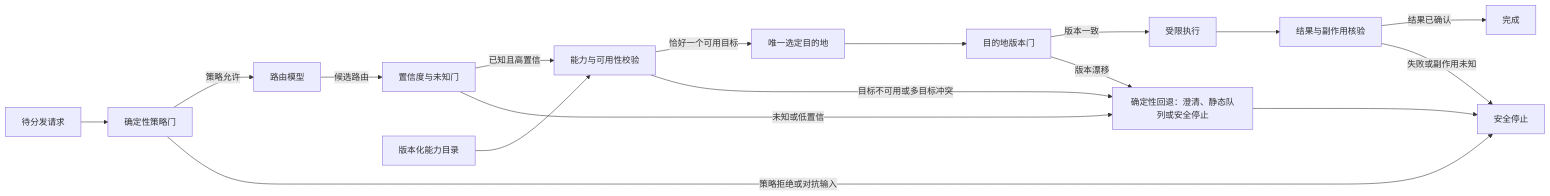
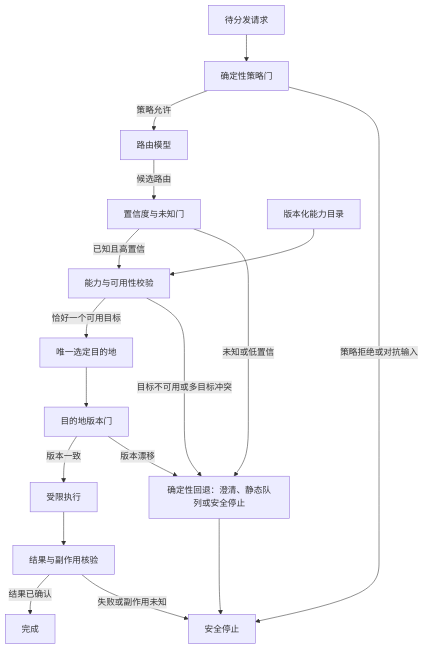
One commit to sealday/tego-arch changed the diagram in content/patterns/agt-p-05-router-model-dispatch.mdx. Above: the diagram before and after it, drawn with Mermaid. The commit also changed 2 other files, not shown here.

Commit message:
fix(agentic): make router diagram readable and correct source identity

````diff
--- a/content/patterns/agt-p-05-router-model-dispatch.mdx
+++ b/content/patterns/agt-p-05-router-model-dispatch.mdx
@@ -98,20 +98,20 @@
 ```mermaid
-flowchart LR
+flowchart TB
     accTitle: 路由与模型驱动分发的策略门、唯一目的地与故障关闭控制流
     REQUEST["待分发请求"] --> POLICY_GATE["确定性策略门"]
     POLICY_GATE -->|策略允许| MODEL_ROUTER["路由模型"]
     POLICY_GATE -->|策略拒绝或对抗输入| SAFE_STOP["安全停止"]
     MODEL_ROUTER -->|候选路由| CONFIDENCE_GATE["置信度与未知门"]
     CONFIDENCE_GATE -->|已知且高置信| CAPABILITY_CHECK["能力与可用性校验"]
     CONFIDENCE_GATE -->|未知或低置信| DETERMINISTIC_FALLBACK["确定性回退：澄清、静态队列或安全停止"]
     CAPABILITY_REGISTRY["版本化能力目录"] --> CAPABILITY_CHECK
     CAPABILITY_CHECK -->|恰好一个可用目标| SELECTED_DESTINATION["唯一选定目的地"]
     CAPABILITY_CHECK -->|目标不可用或多目标冲突| DETERMINISTIC_FALLBACK
     SELECTED_DESTINATION --> VERSION_GATE["目的地版本门"]
     VERSION_GATE -->|版本一致| EXECUTE["受限执行"]
     VERSION_GATE -->|版本漂移| DETERMINISTIC_FALLBACK
     EXECUTE --> VERIFY["结果与副作用核验"]
     VERIFY -->|结果已确认| COMPLETE["完成"]
     VERIFY -->|失败或副作用未知| SAFE_STOP
     DETERMINISTIC_FALLBACK --> SAFE_STOP
 ```
````
